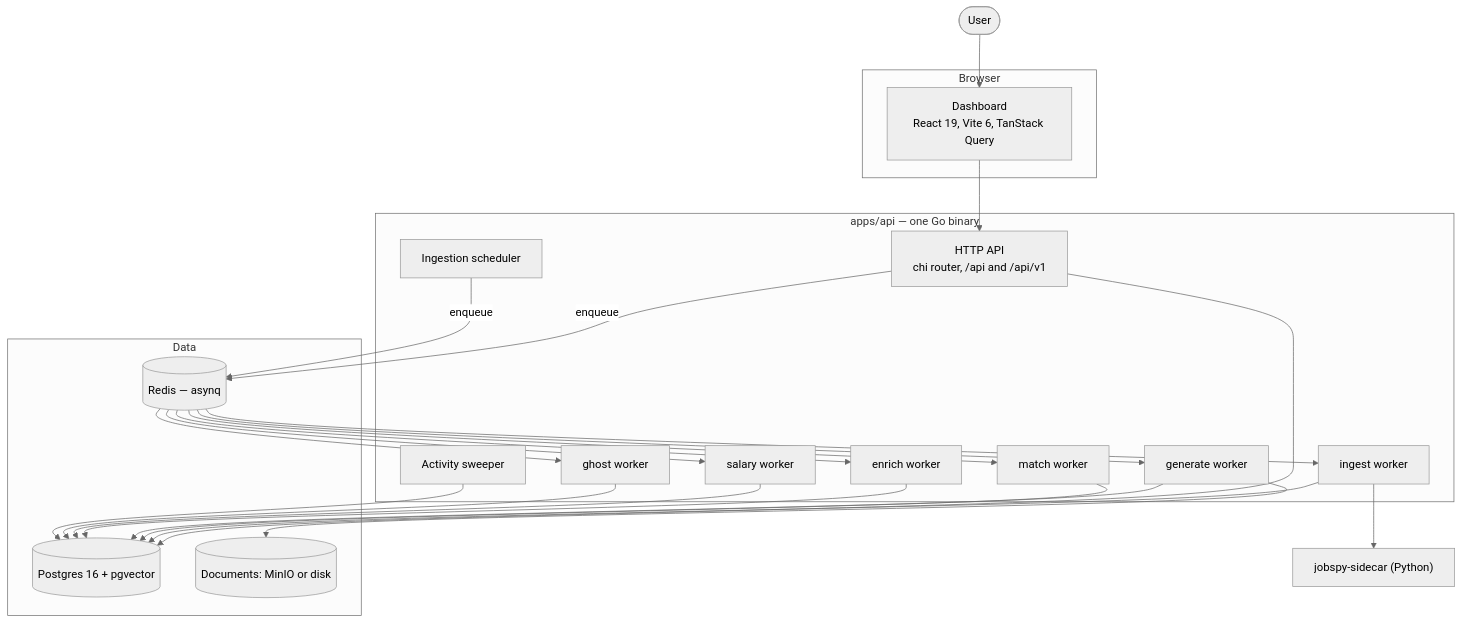
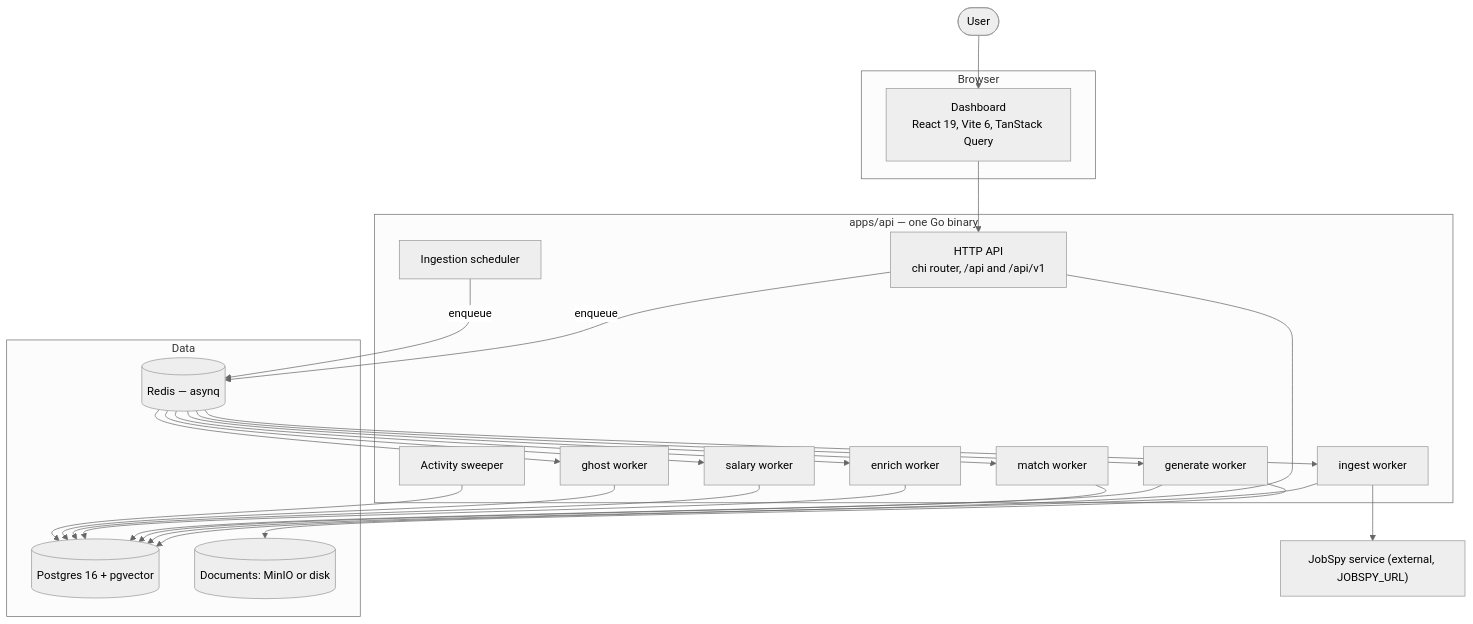
Before and after one commit to nonamecat19/job-finder: the second of 4 diagrams in docs/docs/architecture/system-overview.md, drawn with Mermaid (neutral theme). The commit also changed other lines of this file and 38 other files, not shown here.

````diff
--- a/docs/docs/architecture/system-overview.md
+++ b/docs/docs/architecture/system-overview.md
@@ -29,33 +29,33 @@
 ```mermaid
 flowchart TB
     U(["User"])
     subgraph Browser
         DASH["Dashboard<br/>React 19, Vite 6, TanStack Query"]
     end
     subgraph Process["apps/api — one Go binary"]
         HTTP["HTTP API<br/>chi router, /api and /api/v1"]
         W1["ingest worker"]
         W2["match worker"]
         W3["generate worker"]
         W4["enrich worker"]
         W5["salary worker"]
         W6["ghost worker"]
         SCHED["Ingestion scheduler"]
         SWEEP["Activity sweeper"]
     end
     subgraph Data
         PG[("Postgres 16 + pgvector")]
         RD[("Redis — asynq")]
         FS[("Documents: MinIO or disk")]
     end
-    SIDE["jobspy-sidecar (Python)"]
+    SIDE["JobSpy service (external, JOBSPY_URL)"]
     U --> DASH --> HTTP
     HTTP --> PG
     HTTP -->|enqueue| RD
     SCHED -->|enqueue| RD
     RD --> W1 & W2 & W3 & W4 & W5 & W6
     W1 --> SIDE
     W1 & W2 & W3 & W4 & W5 & W6 --> PG
     W3 --> FS
     SWEEP --> PG
 ```
````
